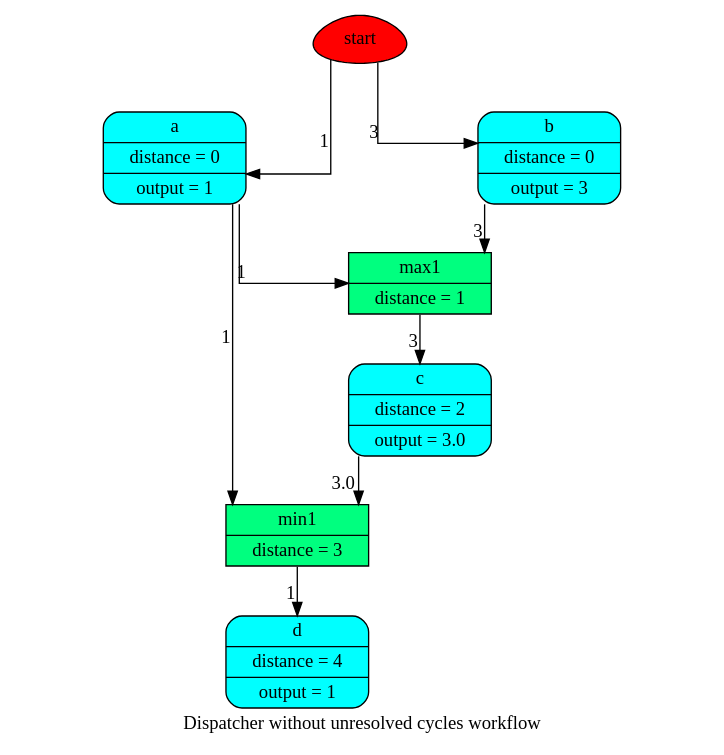
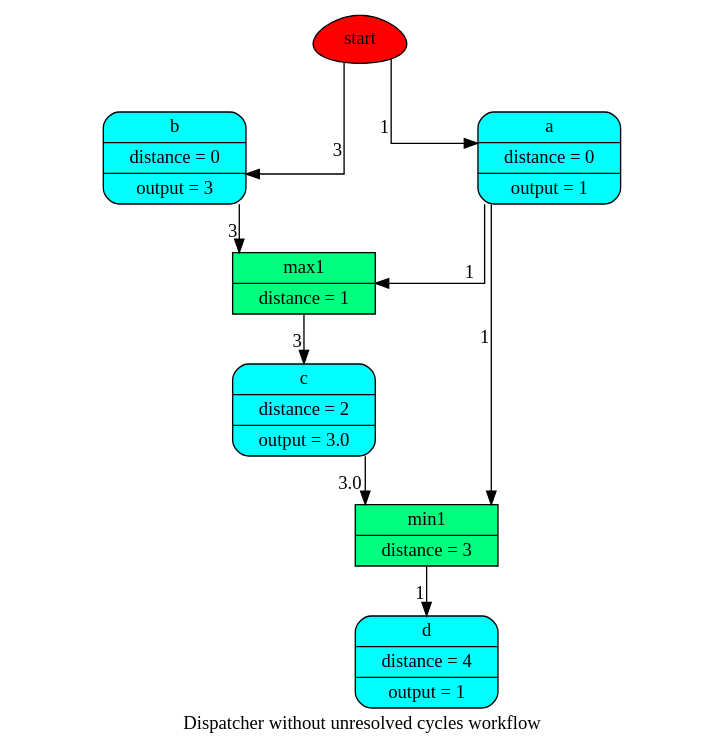
One commit to vinci1it2000/schedula changed the diagram in doc/source/dispatcher/__init__/remove_cycles/wf_rm_cycles.dot. Above: the diagram before and after it, drawn with Graphviz. The commit also changed 24 other files, not shown here.

```diff
--- a/doc/source/dispatcher/__init__/remove_cycles/wf_rm_cycles.dot
+++ b/doc/source/dispatcher/__init__/remove_cycles/wf_rm_cycles.dot
@@ -1,21 +1,21 @@
 digraph "Dispatcher without unresolved cycles" {
 	graph [ratio=1]
 	node [style=filled]
+	label = "Dispatcher without unresolved cycles workflow"
 	splines = ortho
-	label = "Dispatcher without unresolved cycles workflow"
-		"Dispatcher without unresolved cycles_4373660080" [label=start fillcolor=red shape=egg]
-		"Dispatcher without unresolved cycles_-2193805309291217967" [label="{ c | distance = 2 | output = 3.0 }" fillcolor=cyan shape=Mrecord]
-		"Dispatcher without unresolved cycles_6631309999372667202" [label="{ d | distance = 4 | output = 1 }" fillcolor=cyan shape=Mrecord]
-		"Dispatcher without unresolved cycles_3942438910677806419" [label="{ min1 | distance = 3 }" fillcolor=springgreen shape=record]
-		"Dispatcher without unresolved cycles_9139109398902324004" [label="{ a | distance = 0 | output = 1 }" fillcolor=cyan shape=Mrecord]
-		"Dispatcher without unresolved cycles_5099201867563505239" [label="{ b | distance = 0 | output = 3 }" fillcolor=cyan shape=Mrecord]
-		"Dispatcher without unresolved cycles_5062303636095560169" [label="{ max1 | distance = 1 }" fillcolor=springgreen shape=record]
-			"Dispatcher without unresolved cycles_4373660080" -> "Dispatcher without unresolved cycles_9139109398902324004" [xlabel=1]
-			"Dispatcher without unresolved cycles_4373660080" -> "Dispatcher without unresolved cycles_5099201867563505239" [xlabel=3]
-			"Dispatcher without unresolved cycles_-2193805309291217967" -> "Dispatcher without unresolved cycles_3942438910677806419" [xlabel=3.0]
-			"Dispatcher without unresolved cycles_3942438910677806419" -> "Dispatcher without unresolved cycles_6631309999372667202" [xlabel=1]
-			"Dispatcher without unresolved cycles_9139109398902324004" -> "Dispatcher without unresolved cycles_5062303636095560169" [xlabel=1]
-			"Dispatcher without unresolved cycles_9139109398902324004" -> "Dispatcher without unresolved cycles_3942438910677806419" [xlabel=1]
-			"Dispatcher without unresolved cycles_5099201867563505239" -> "Dispatcher without unresolved cycles_5062303636095560169" [xlabel=3]
-			"Dispatcher without unresolved cycles_5062303636095560169" -> "Dispatcher without unresolved cycles_-2193805309291217967" [xlabel=3]
+		"Dispatcher without unresolved cycles_4373639600" [label=start fillcolor=red shape=egg]
+		"Dispatcher without unresolved cycles_-1353340929889452664" [label="{ a | distance = 0 | output = 1 }" fillcolor=cyan shape=Mrecord]
+		"Dispatcher without unresolved cycles_-31041863739931261" [label="{ max1 | distance = 1 }" fillcolor=springgreen shape=record]
+		"Dispatcher without unresolved cycles_7224607962633671560" [label="{ b | distance = 0 | output = 3 }" fillcolor=cyan shape=Mrecord]
+		"Dispatcher without unresolved cycles_8545015552011819642" [label="{ min1 | distance = 3 }" fillcolor=springgreen shape=record]
+		"Dispatcher without unresolved cycles_6900719114362863374" [label="{ c | distance = 2 | output = 3.0 }" fillcolor=cyan shape=Mrecord]
+		"Dispatcher without unresolved cycles_-5912537819166218321" [label="{ d | distance = 4 | output = 1 }" fillcolor=cyan shape=Mrecord]
+			"Dispatcher without unresolved cycles_4373639600" -> "Dispatcher without unresolved cycles_7224607962633671560" [xlabel=3]
+			"Dispatcher without unresolved cycles_4373639600" -> "Dispatcher without unresolved cycles_-1353340929889452664" [xlabel=1]
+			"Dispatcher without unresolved cycles_-1353340929889452664" -> "Dispatcher without unresolved cycles_8545015552011819642" [xlabel=1]
+			"Dispatcher without unresolved cycles_-1353340929889452664" -> "Dispatcher without unresolved cycles_-31041863739931261" [xlabel=1]
+			"Dispatcher without unresolved cycles_-31041863739931261" -> "Dispatcher without unresolved cycles_6900719114362863374" [xlabel=3]
+			"Dispatcher without unresolved cycles_7224607962633671560" -> "Dispatcher without unresolved cycles_-31041863739931261" [xlabel=3]
+			"Dispatcher without unresolved cycles_8545015552011819642" -> "Dispatcher without unresolved cycles_-5912537819166218321" [xlabel=1]
+			"Dispatcher without unresolved cycles_6900719114362863374" -> "Dispatcher without unresolved cycles_8545015552011819642" [xlabel=3.0]
 }
```
